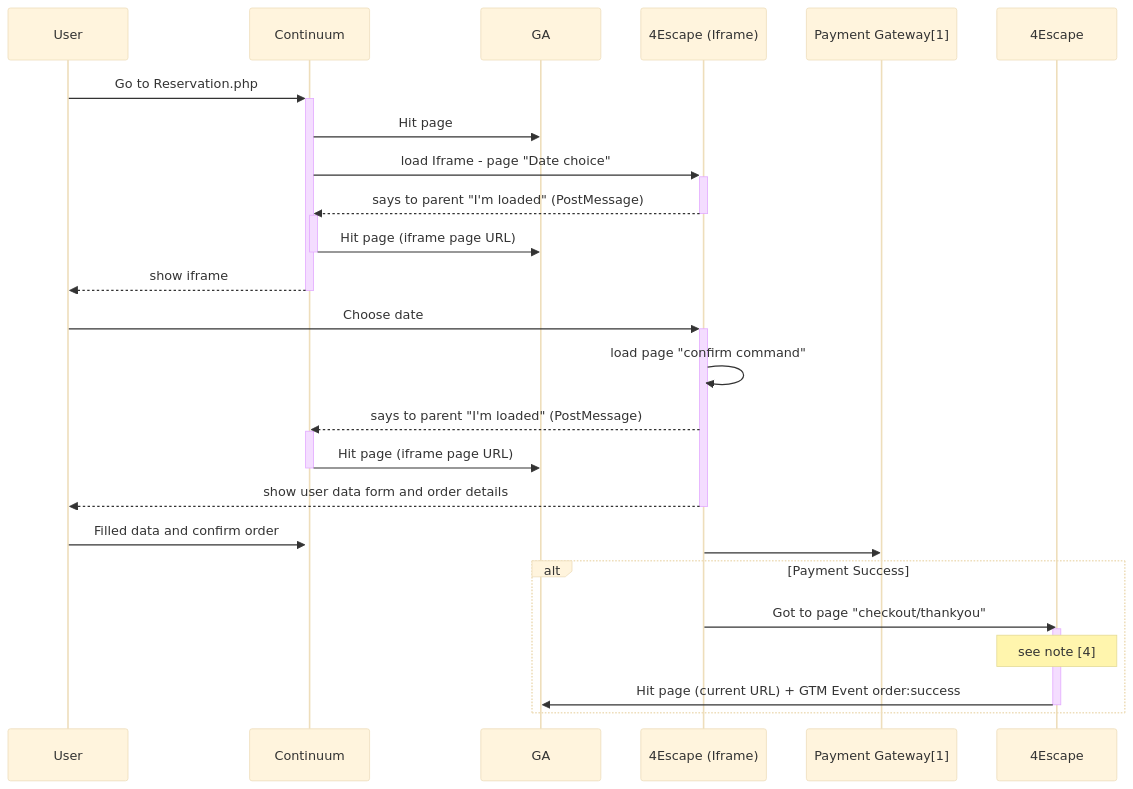
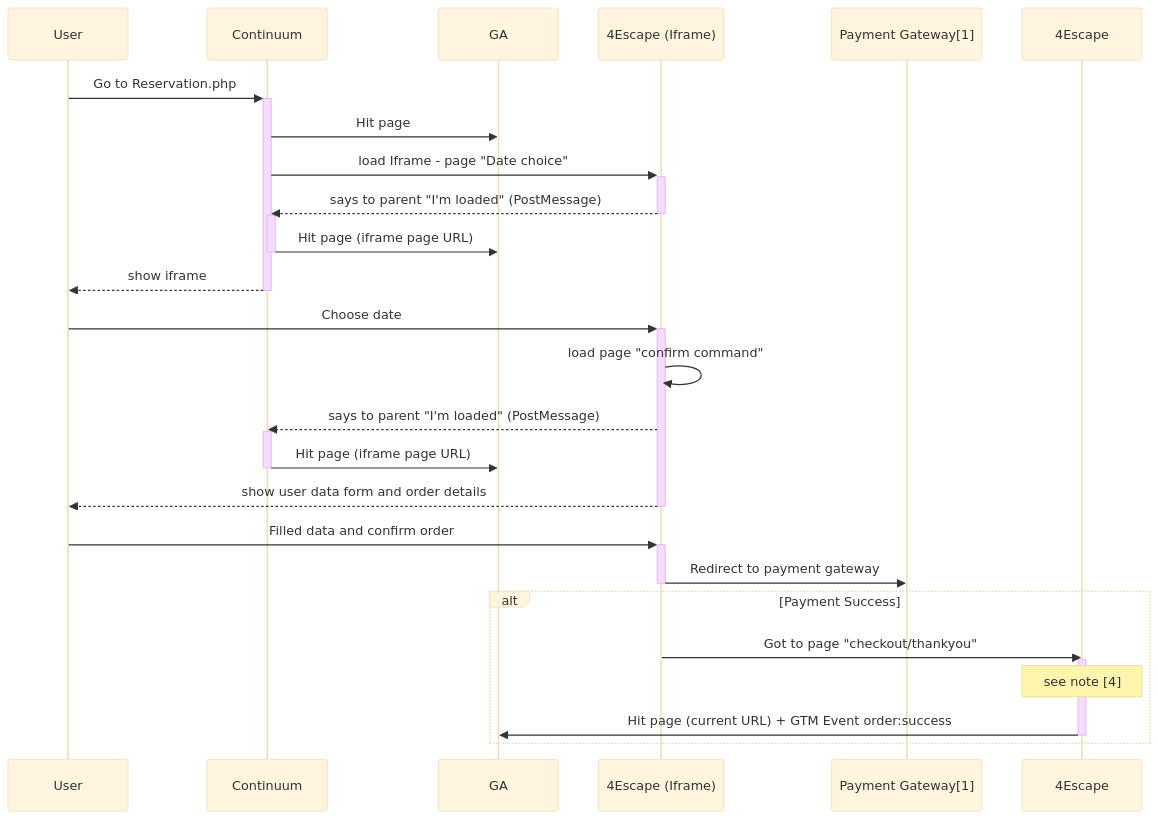
Before and after one commit to NansPellicari/stackEdit: the diagram in doc/continuum/Sequence-session.md, drawn with Mermaid (base theme). The commit also changed other lines of this file, not shown here.

Commit message:
doc/continuum/Sequence-session.md updated from https://stackedit.io/

````diff
--- a/doc/continuum/Sequence-session.md
+++ b/doc/continuum/Sequence-session.md
@@ -1,38 +1,37 @@
 ```mermaid
 sequenceDiagram
 
 User->>+Continuum: Go to Reservation.php
 Continuum->>GA: Hit page
 Continuum->>+4Escape (Iframe): load Iframe - page "Date choice"
 4Escape (Iframe)-->>-Continuum: says to parent "I'm loaded" (PostMessage)
 activate Continuum
 Continuum->>GA: Hit page (iframe page URL)
 deactivate Continuum
 Continuum-->>-User: show iframe
 
 
 User->>+4Escape (Iframe): Choose date
 4Escape (Iframe)->>4Escape (Iframe): load page "confirm command"
 4Escape (Iframe)-->>Continuum: says to parent "I'm loaded" (PostMessage)
 activate Continuum
 Continuum->>GA: Hit page (iframe page URL)
 deactivate Continuum
 4Escape (Iframe)-->>-User: show user data form and order details
 
 
-User->>+Continuum: Filled data and confirm order
+User->>+4Escape (Iframe): Filled data and confirm order
+4Escape (Iframe)->>-Payment Gateway[1]: Redirect to payment gateway 
 
-
-4Escape (Iframe)->>Payment Gateway[1]: 
 
 
 
 
 alt Payment Success
 	4Escape (Iframe)->>4Escape: Got to page "checkout/thankyou"
 	activate 4Escape
 	Note over 4Escape: see note [4]
 	4Escape->>GA: Hit page (current URL) + GTM Event order:success
 	deactivate 4Escape
 end
 ```
````
